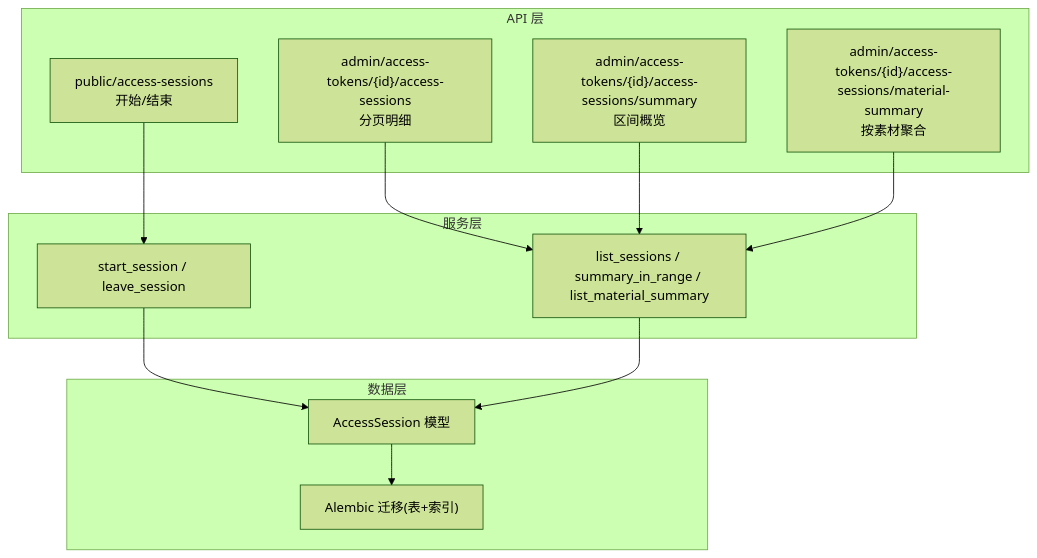
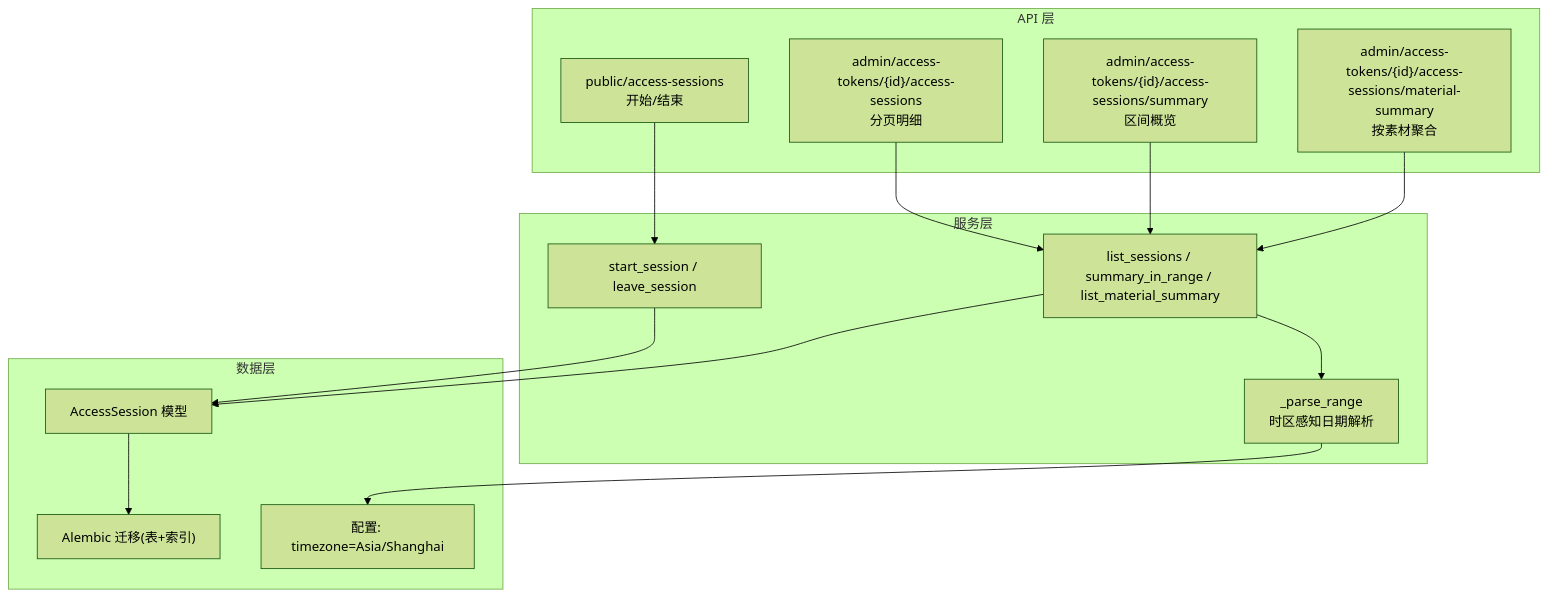
One commit to leo21cn/ai-learning-hub changed the first of 7 diagrams in .qoder/repowiki/zh/content/后端开发指南/API接口开发/公开接口/访问会话接口.md. Above: the diagram before and after it, drawn with Mermaid (forest theme). The commit also changed other lines of this file and 47 other files, not shown here.

````diff
--- a/.qoder/repowiki/zh/content/后端开发指南/API接口开发/公开接口/访问会话接口.md
+++ b/.qoder/repowiki/zh/content/后端开发指南/API接口开发/公开接口/访问会话接口.md
@@ -38,24 +46,28 @@
 ```mermaid
 graph TB
 subgraph "API 层"
 A["public/access-sessions<br/>开始/结束"]
 B["admin/access-tokens/{id}/access-sessions<br/>分页明细"]
 C["admin/access-tokens/{id}/access-sessions/summary<br/>区间概览"]
 D["admin/access-tokens/{id}/access-sessions/material-summary<br/>按素材聚合"]
 end
 subgraph "服务层"
 S1["start_session / leave_session"]
 S2["list_sessions / summary_in_range / list_material_summary"]
+S3["_parse_range<br/>时区感知日期解析"]
 end
 subgraph "数据层"
 M["AccessSession 模型"]
 T["Alembic 迁移(表+索引)"]
+Z["配置: timezone=Asia/Shanghai"]
 end
 A --> S1
 B --> S2
 C --> S2
 D --> S2
 S1 --> M
 S2 --> M
+S2 --> S3
+S3 --> Z
 M --> T
 ```
````
